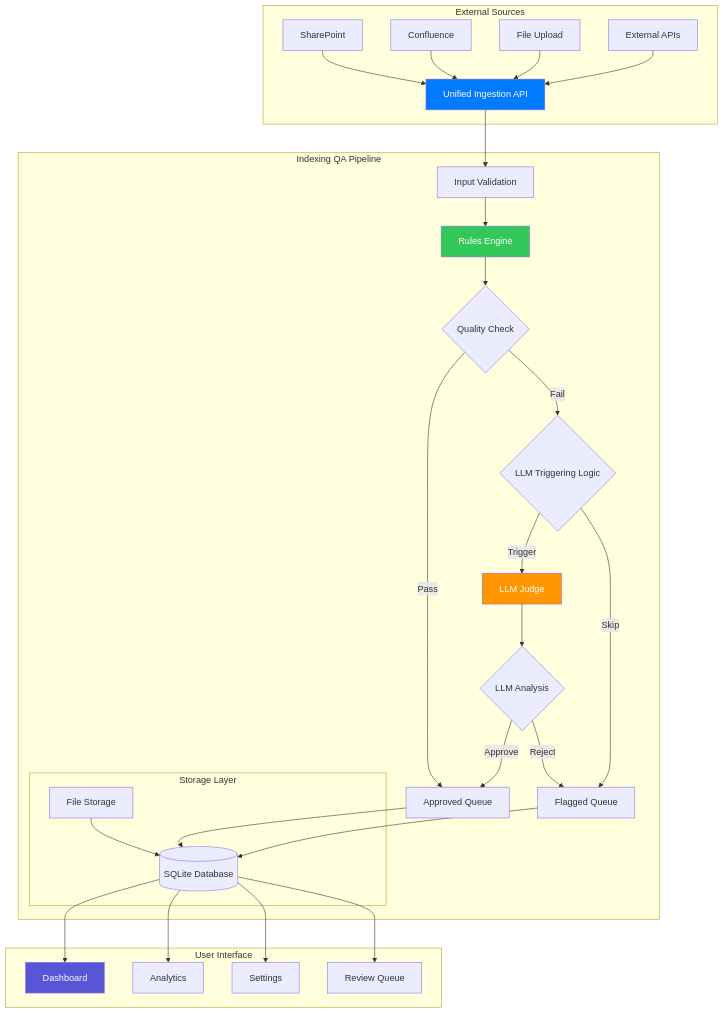
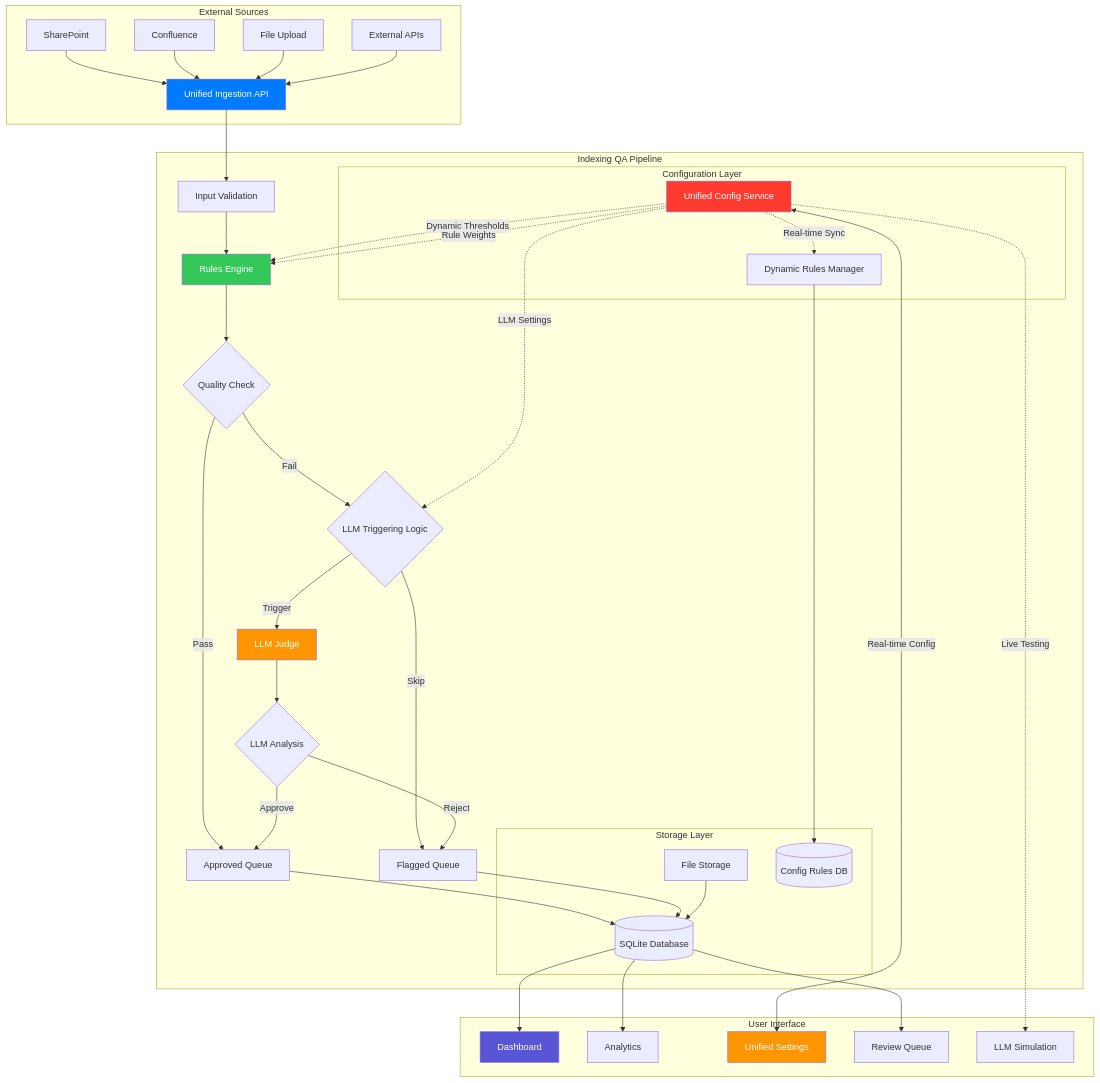
Before and after one commit to skandvijay/lucy-indexing-quality-assurance: the first of 3 diagrams in README.md, drawn with Mermaid. The commit also changed other lines of this file and 17 other files, not shown here.

Commit message:
Updated QA rule evaluation logic, Analytics, LLM Test Simulation  and improved JSON support

````diff
--- a/README.md
+++ b/README.md
@@ -46,48 +49,64 @@
 ```mermaid
 graph TB
     subgraph "External Sources"
         A[SharePoint] --> D[Unified Ingestion API]
         B[Confluence] --> D
         C[File Upload] --> D
         E[External APIs] --> D
     end
     
     subgraph "Indexing QA Pipeline"
         D --> F[Input Validation]
         F --> G[Rules Engine]
         G --> H{Quality Check}
         H -->|Pass| I[Approved Queue]
         H -->|Fail| J{LLM Triggering Logic}
         J -->|Trigger| K[LLM Judge]
         J -->|Skip| L[Flagged Queue]
         K --> M{LLM Analysis}
         M -->|Approve| I
         M -->|Reject| L
         
+        subgraph "Configuration Layer"
+            UC[Unified Config Service]
+            DRM[Dynamic Rules Manager]
+            UC -.->|Real-time Sync| DRM
+        end
+        
+        UC -.->|Dynamic Thresholds| G
+        UC -.->|LLM Settings| J
+        UC -.->|Rule Weights| G
+        
         subgraph "Storage Layer"
             N[(SQLite Database)]
             O[File Storage]
+            CR[(Config Rules DB)]
         end
         
+        DRM --> CR
         I --> N
         L --> N
         O --> N
     end
     
     subgraph "User Interface"
         P[Dashboard]
         Q[Analytics]
-        R[Settings]
+        R[Unified Settings]
         S[Review Queue]
+        T[LLM Simulation]
     end
     
     N --> P
     N --> Q
-    N --> R
+    UC <-->|Real-time Config| R
     N --> S
+    UC -.->|Live Testing| T
     
     style D fill:#007AFF,color:#fff
     style G fill:#34C759,color:#fff
     style K fill:#FF9500,color:#fff
     style P fill:#5856D6,color:#fff
+    style UC fill:#FF3B30,color:#fff
+    style R fill:#FF9500,color:#fff
 ```
````
